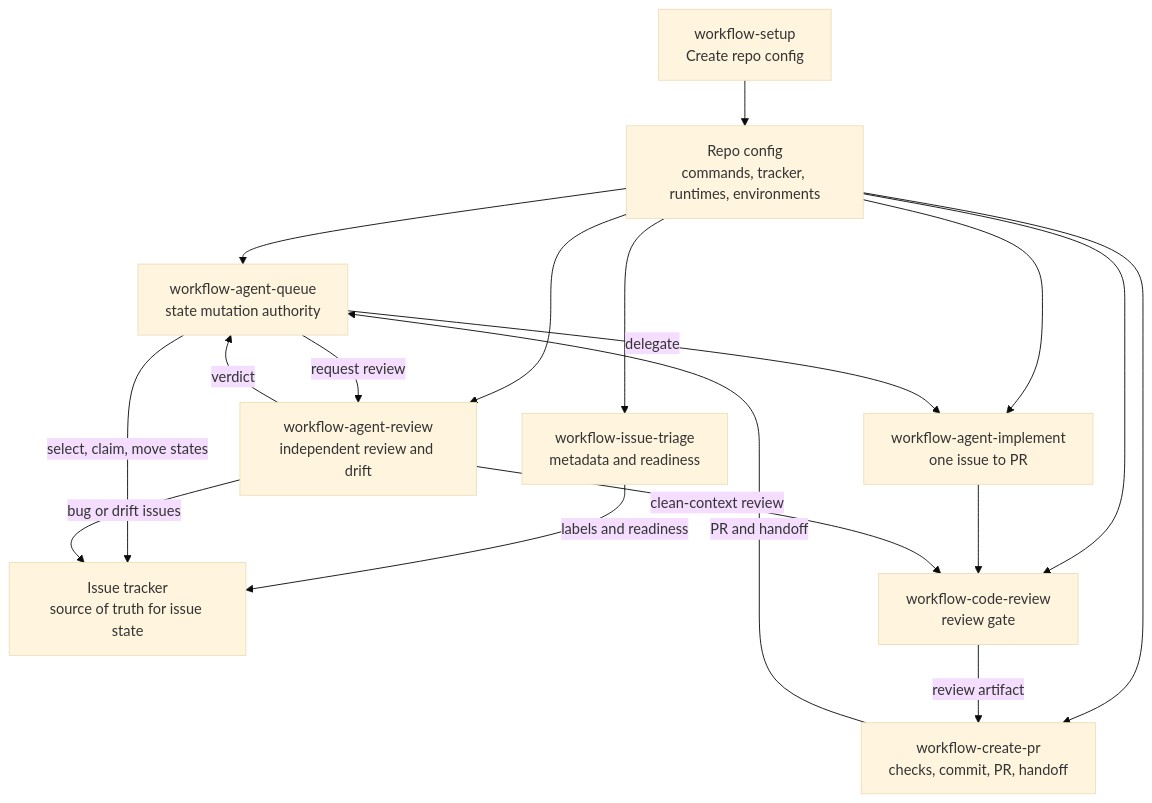
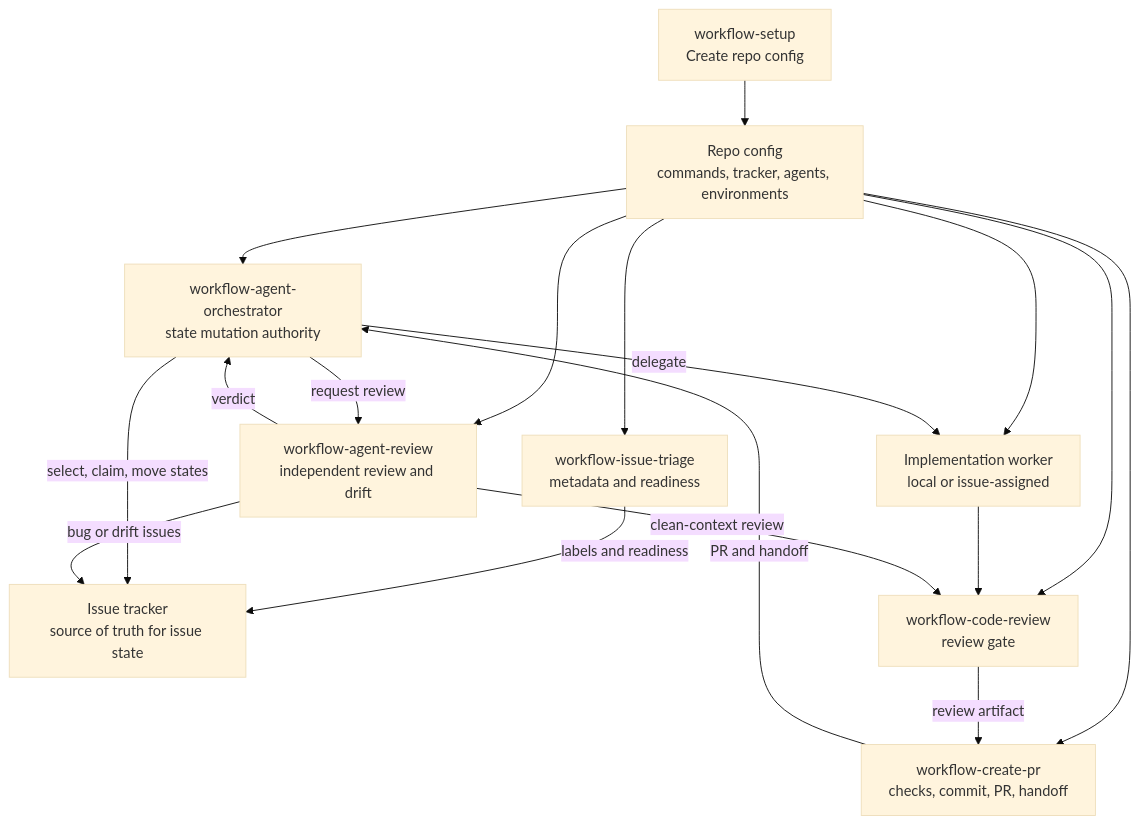
Before and after one commit to zaks-io/skills: the first of 2 diagrams in docs/agent-workflow.md, drawn with Mermaid (base theme). The commit also changed other lines of this file and 19 other files, not shown here.

````diff
--- a/docs/agent-workflow.md
+++ b/docs/agent-workflow.md
@@ -49,31 +84,31 @@
 ```mermaid
 flowchart TD
   Setup["workflow-setup\nCreate repo config"]
-  Config["Repo config\ncommands, tracker, runtimes, environments"]
+  Config["Repo config\ncommands, tracker, agents, environments"]
   Tracker["Issue tracker\nsource of truth for issue state"]
   IssueTriage["workflow-issue-triage\nmetadata and readiness"]
-  Queue["workflow-agent-queue\nstate mutation authority"]
-  Worker["workflow-agent-implement\none issue to PR"]
+  Orchestrator["workflow-agent-orchestrator\nstate mutation authority"]
+  Worker["Implementation worker\nlocal or issue-assigned"]
   CodeReview["workflow-code-review\nreview gate"]
   CreatePR["workflow-create-pr\nchecks, commit, PR, handoff"]
   AgentReview["workflow-agent-review\nindependent review and drift"]
 
   Setup --> Config
-  Config --> Queue
+  Config --> Orchestrator
   Config --> IssueTriage
   Config --> Worker
   Config --> CodeReview
   Config --> CreatePR
   Config --> AgentReview
 
   IssueTriage -->|labels and readiness| Tracker
-  Queue -->|select, claim, move states| Tracker
-  Queue -->|delegate| Worker
+  Orchestrator -->|select, claim, move states| Tracker
+  Orchestrator -->|delegate| Worker
   Worker --> CodeReview
   CodeReview -->|review artifact| CreatePR
-  CreatePR -->|PR and handoff| Queue
-  Queue -->|request review| AgentReview
+  CreatePR -->|PR and handoff| Orchestrator
+  Orchestrator -->|request review| AgentReview
   AgentReview -->|clean-context review| CodeReview
-  AgentReview -->|verdict| Queue
+  AgentReview -->|verdict| Orchestrator
   AgentReview -->|bug or drift issues| Tracker
 ```
````
